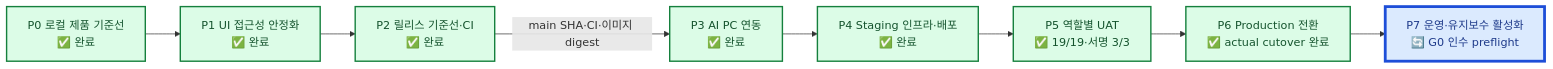
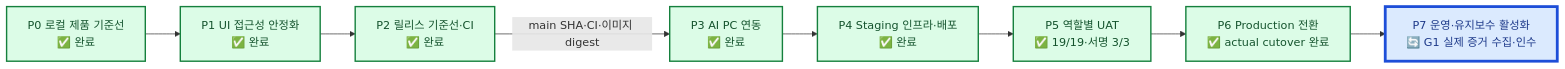
Before and after one commit to visionlab-coder/sqcm-i-inventory-system: the diagram in docs/roadmap.md, drawn with Mermaid. The commit also changed other lines of this file and 4 other files, not shown here.

````diff
--- a/docs/roadmap.md
+++ b/docs/roadmap.md
@@ -31,19 +31,19 @@
 ```mermaid
 flowchart LR
     P0["P0 로컬 제품 기준선<br/>✅ 완료"] --> P1["P1 UI 접근성 안정화<br/>✅ 완료"]
     P1 --> P2["P2 릴리스 기준선·CI<br/>✅ 완료"]
     P2 -->|"main SHA·CI·이미지 digest"| P3["P3 AI PC 연동<br/>✅ 완료"]
     P3 --> P4["P4 Staging 인프라·배포<br/>✅ 완료"]
     P4 --> P5["P5 역할별 UAT<br/>✅ 19/19·서명 3/3"]
     P5 --> P6["P6 Production 전환<br/>✅ actual cutover 완료"]
-    P6 --> P7["P7 운영·유지보수 활성화<br/>🔄 G0 인수 preflight"]
+    P6 --> P7["P7 운영·유지보수 활성화<br/>🔄 G1 실제 증거 수집·인수"]
 
     classDef done fill:#DCFCE7,stroke:#15803D,color:#14532D,stroke-width:2px;
     classDef active fill:#DBEAFE,stroke:#1D4ED8,color:#1E3A8A,stroke-width:4px;
     classDef pending fill:#F3F4F6,stroke:#6B7280,color:#374151,stroke-width:2px;
     classDef hold fill:#FEF3C7,stroke:#B45309,color:#78350F,stroke-width:2px;
     classDef blocked fill:#FEE2E2,stroke:#B91C1C,color:#7F1D1D,stroke-width:4px;
     class P0,P1,P2,P3,P4,P5 done;
     class P6 done;
     class P7 active;
 ```
````
